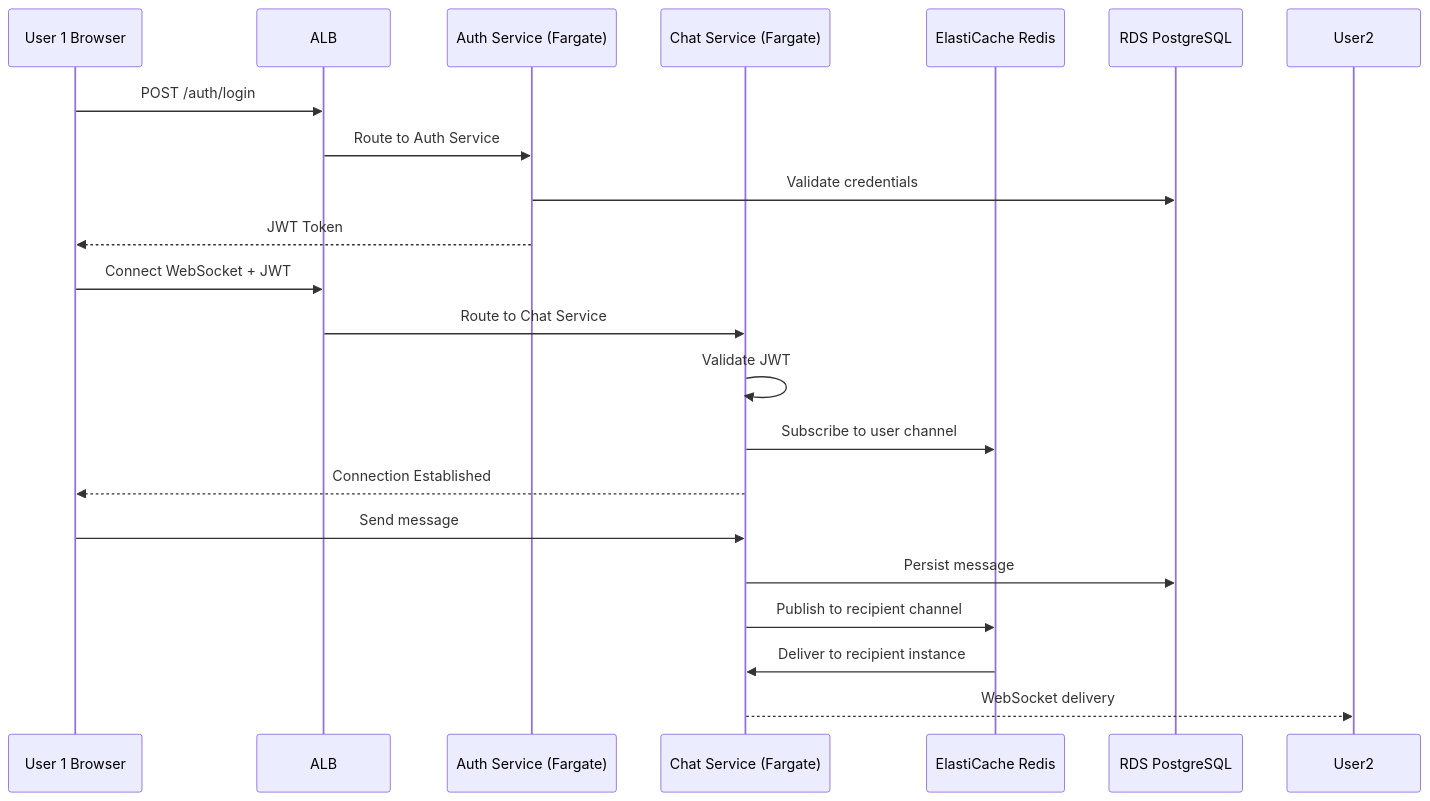
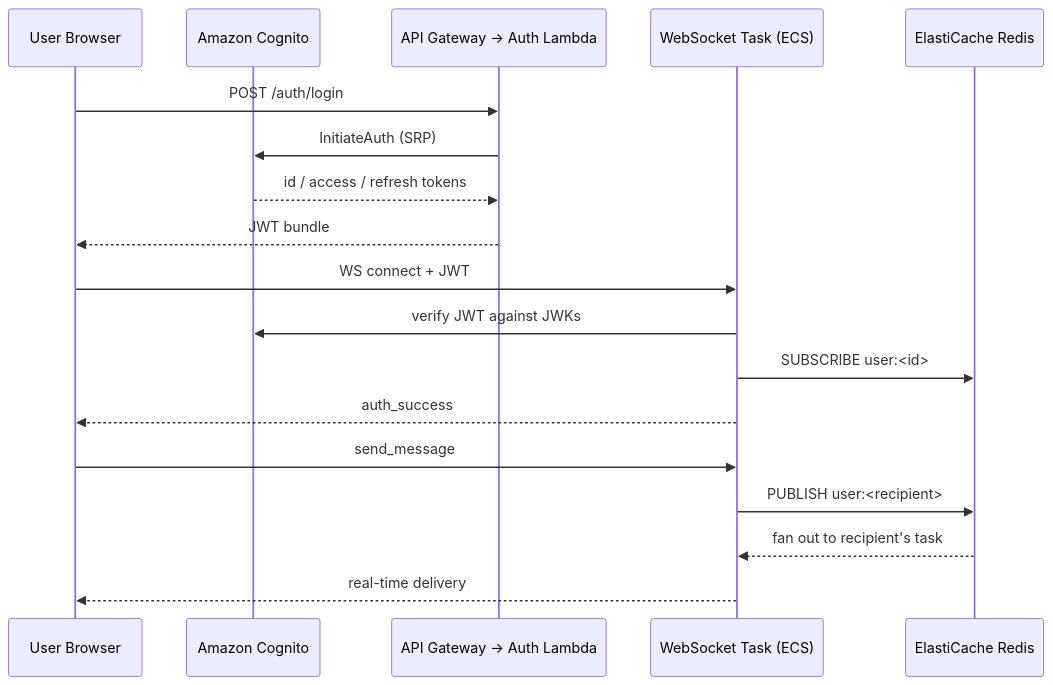
The second of 2 diagrams in README.md (CSUF-Akatsuki/Chat), drawn with Mermaid before and after one commit. The commit also changed other lines of this file and 1 other file, not shown here.

First line of the commit message:
docs: refresh README for AWS migration + chatbot

````diff
--- a/README.md
+++ b/README.md
@@ -81,26 +77,23 @@
 ```mermaid
 sequenceDiagram
-    participant User1 as User 1 Browser
-    participant ALB as ALB
-    participant Auth as Auth Service (Fargate)
-    participant Chat as Chat Service (Fargate)
+    participant User as User Browser
+    participant Cognito as Amazon Cognito
+    participant API as API Gateway → Auth Lambda
+    participant WS as WebSocket Task (ECS)
     participant Redis as ElastiCache Redis
-    participant DB as RDS PostgreSQL
 
-    User1->>ALB: POST /auth/login
-    ALB->>Auth: Route to Auth Service
-    Auth->>DB: Validate credentials
-    Auth-->>User1: JWT Token
+    User->>API: POST /auth/login
+    API->>Cognito: InitiateAuth (SRP)
+    Cognito-->>API: id / access / refresh tokens
+    API-->>User: JWT bundle
 
-    User1->>ALB: Connect WebSocket + JWT
-    ALB->>Chat: Route to Chat Service
-    Chat->>Chat: Validate JWT
-    Chat->>Redis: Subscribe to user channel
-    Chat-->>User1: Connection Established
+    User->>WS: WS connect + JWT
+    WS->>Cognito: verify JWT against JWKs
+    WS->>Redis: SUBSCRIBE user:<id>
+    WS-->>User: auth_success
 
-    User1->>Chat: Send message
-    Chat->>DB: Persist message
-    Chat->>Redis: Publish to recipient channel
-    Redis->>Chat: Deliver to recipient instance
-    Chat-->>User2: WebSocket delivery
+    User->>WS: send_message
+    WS->>Redis: PUBLISH user:<recipient>
+    Redis-->>WS: fan out to recipient's task
+    WS-->>User: real-time delivery
 ```
````
